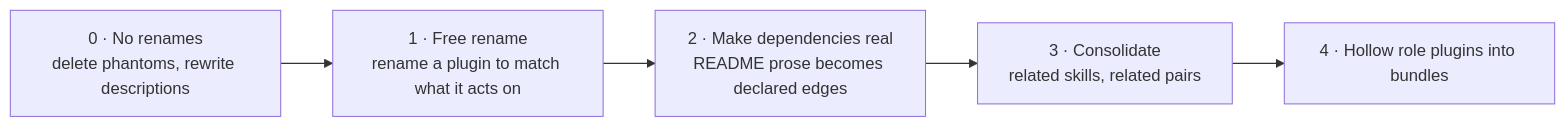
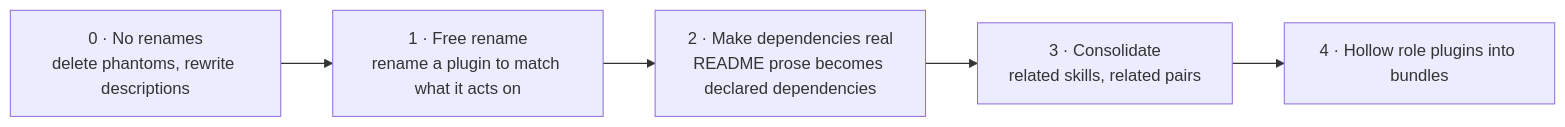
One commit to bitwarden/contributing-docs changed the third of 3 diagrams in docs/architecture/adr/0035-adopt-ai-plugin-taxonomy.md. Above: the diagram before and after it, drawn with Mermaid. The commit also changed other lines of this file, not shown here.

````diff
--- a/docs/architecture/adr/0035-adopt-ai-plugin-taxonomy.md
+++ b/docs/architecture/adr/0035-adopt-ai-plugin-taxonomy.md
@@ -160,7 +160,7 @@
 ```mermaid
 flowchart LR
     P0["0 · No renames<br/>delete phantoms, rewrite descriptions"] --> P1["1 · Free rename<br/>rename a plugin to match what it acts on"]
-    P1 --> P2["2 · Make dependencies real<br/>README prose becomes declared edges"]
+    P1 --> P2["2 · Make dependencies real<br/>README prose becomes declared dependencies"]
     P2 --> P3["3 · Consolidate<br/>related skills, related pairs"]
     P3 --> P4["4 · Hollow role plugins into bundles"]
 ```
````
